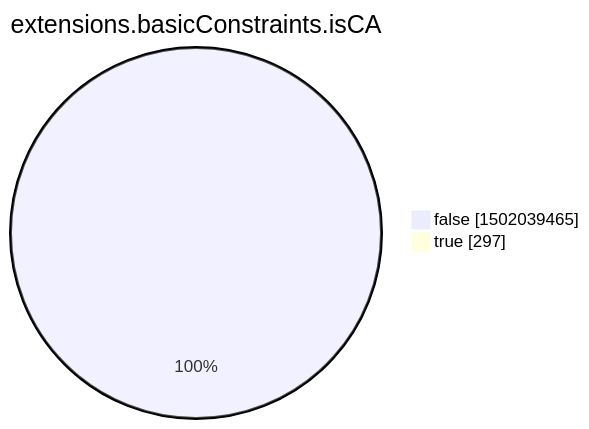
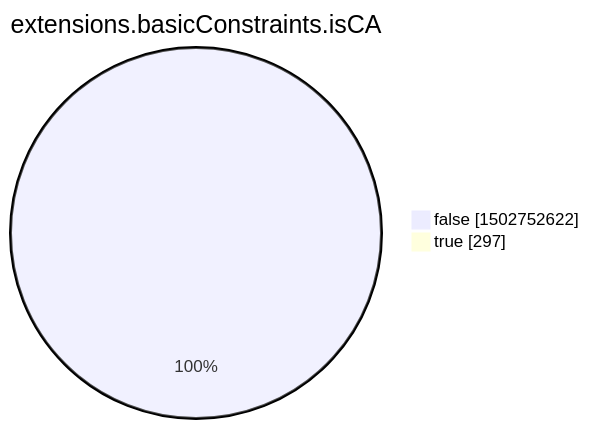
The eighth of 15 diagrams in argon2022/README.md (christiankrug/ctmonitor_visualization), drawn with Mermaid before and after one commit. The commit also changed other lines of this file, not shown here.

````diff
--- a/argon2022/README.md
+++ b/argon2022/README.md
@@ -2760,6 +2760,6 @@
 ```mermaid
 pie showData
 title extensions.basicConstraints.isCA
-"false" :1502039465
+"false" :1502752622
 "true" :297
 ```
````
